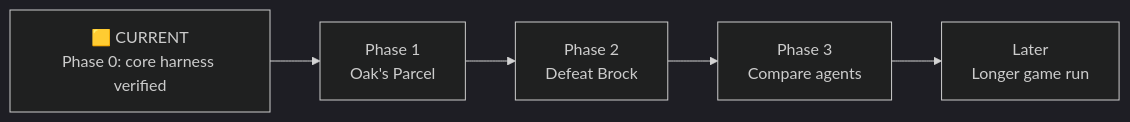
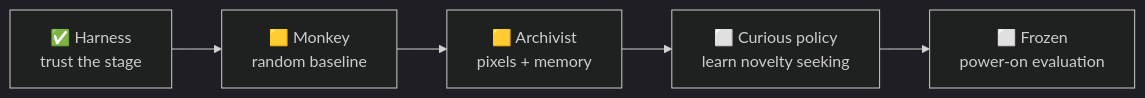
The first of 2 diagrams in README.md (PeteAndrews1289/pokemon-red-ai), drawn with Mermaid (dark theme) before and after one commit. The commit also changed other lines of this file and 17 other files, not shown here.

````diff
--- a/README.md
+++ b/README.md
@@ -49,7 +55,7 @@
 ```mermaid
 flowchart LR
-    P0["🟨 CURRENT<br/>Phase 0: core harness verified"] --> P1["Phase 1<br/>Oak's Parcel"]
-    P1 --> P2["Phase 2<br/>Defeat Brock"]
-    P2 --> P3["Phase 3<br/>Compare agents"]
-    P3 --> P4["Later<br/>Longer game run"]
+    P0["✅ Harness<br/>trust the stage"] --> B0["🟨 Monkey<br/>random baseline"]
+    B0 --> B2["🟨 Archivist<br/>pixels + memory"]
+    B2 --> B1["⬜ Curious policy<br/>learn novelty seeking"]
+    B1 --> EV["⬜ Frozen<br/>power-on evaluation"]
 ```
````
